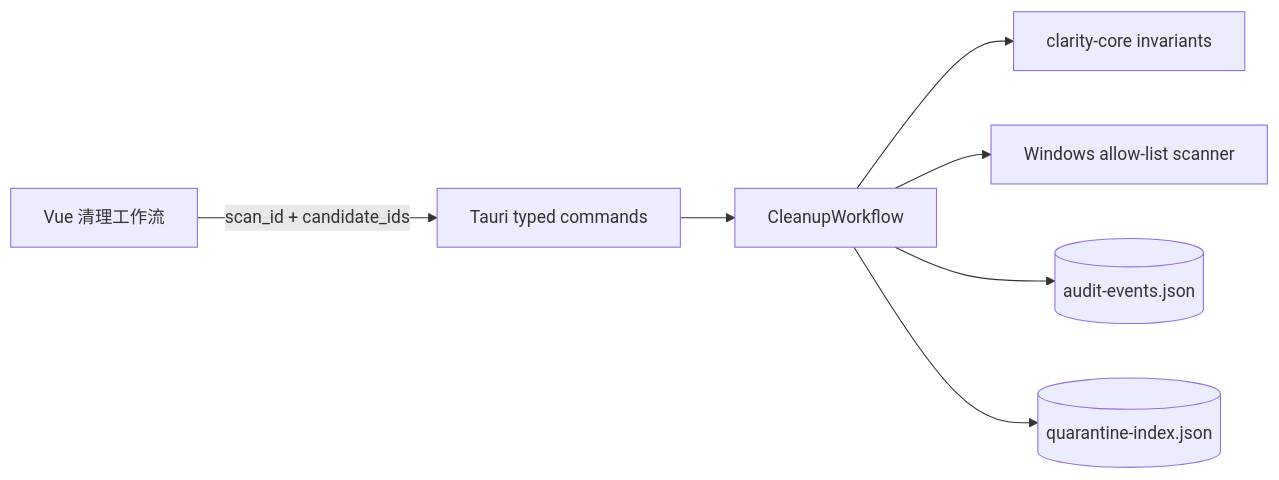
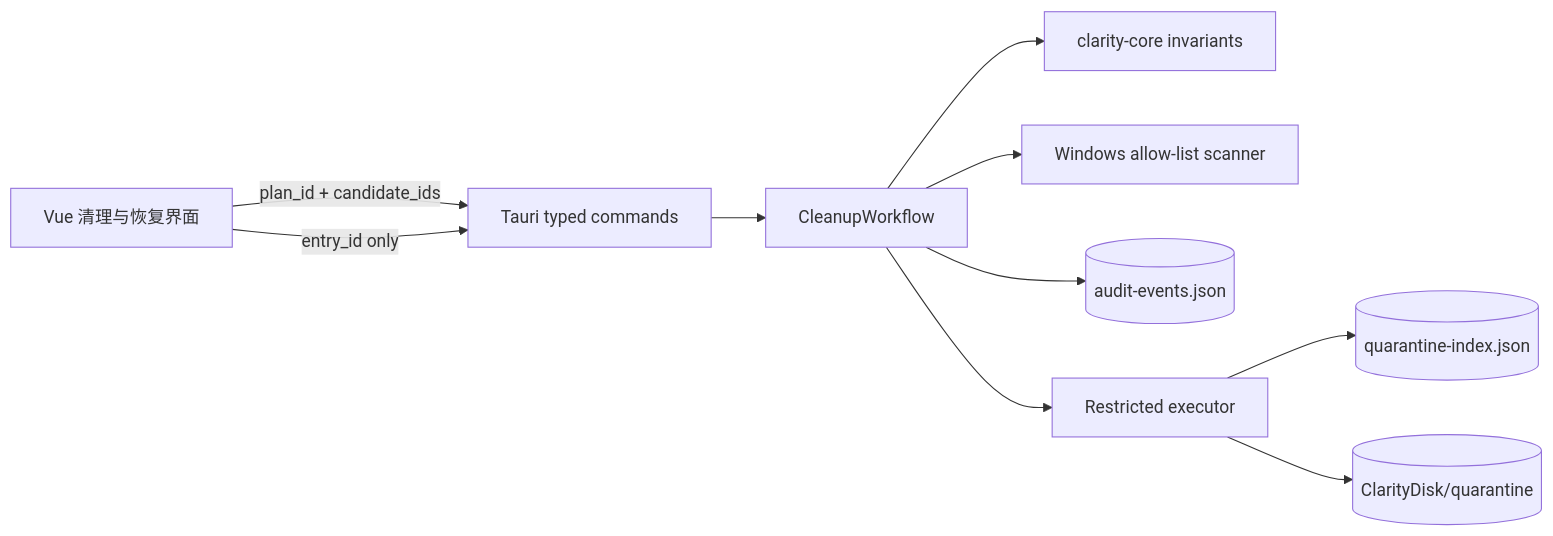
Before and after one commit to leaf-zly/clarity-disk: the diagram in docs/architecture/cleanup-audit-and-quarantine.md, drawn with Mermaid. The commit also changed other lines of this file and 22 other files, not shown here.

````diff
--- a/docs/architecture/cleanup-audit-and-quarantine.md
+++ b/docs/architecture/cleanup-audit-and-quarantine.md
@@ -11,9 +13,12 @@
 ```mermaid
 flowchart LR
-  UI[Vue 清理工作流] -->|scan_id + candidate_ids| CMD[Tauri typed commands]
+  UI[Vue 清理与恢复界面] -->|plan_id + candidate_ids| CMD[Tauri typed commands]
   CMD --> WF[CleanupWorkflow]
   WF --> CORE[clarity-core invariants]
-  WF --> RULES[Windows allow-list scanner]
+  WF --> SCAN[Windows allow-list scanner]
   WF --> AUDIT[(audit-events.json)]
-  WF --> INDEX[(quarantine-index.json)]
+  WF --> EXEC[Restricted executor]
+  EXEC --> INDEX[(quarantine-index.json)]
+  EXEC --> Q[(ClarityDisk/quarantine)]
+  UI -->|entry_id only| CMD
 ```
````
